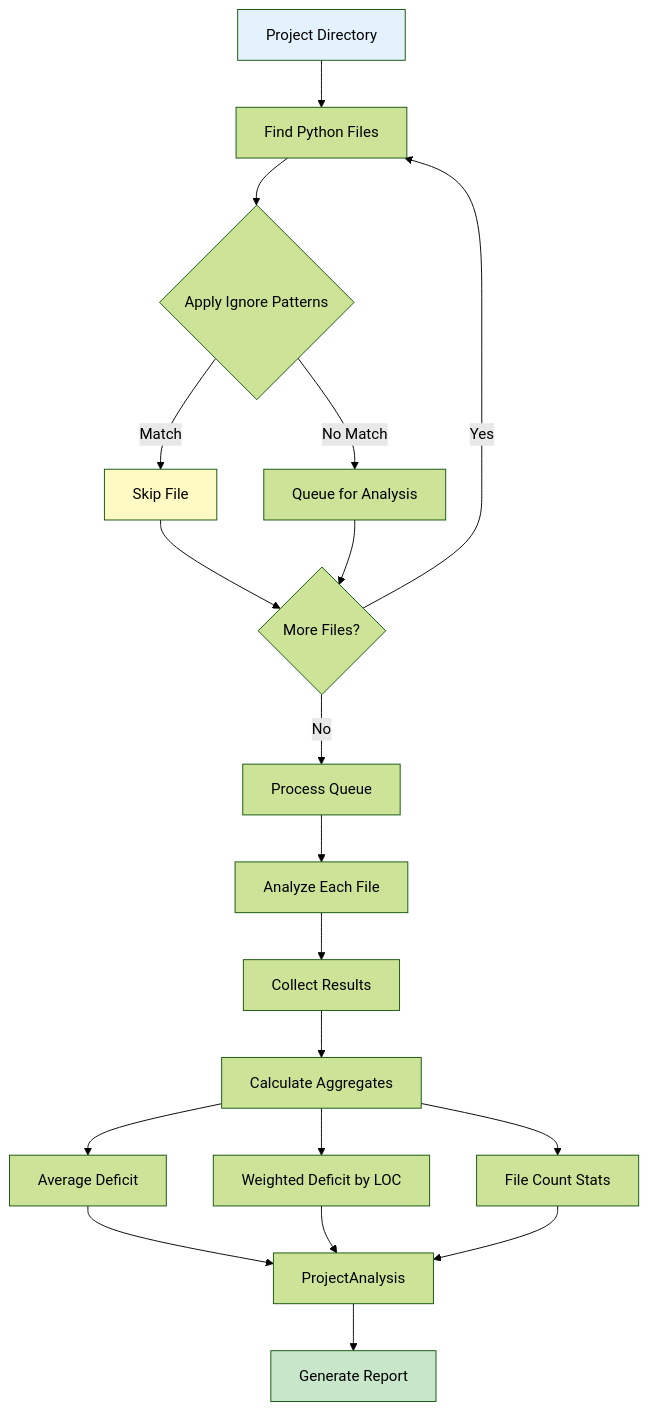
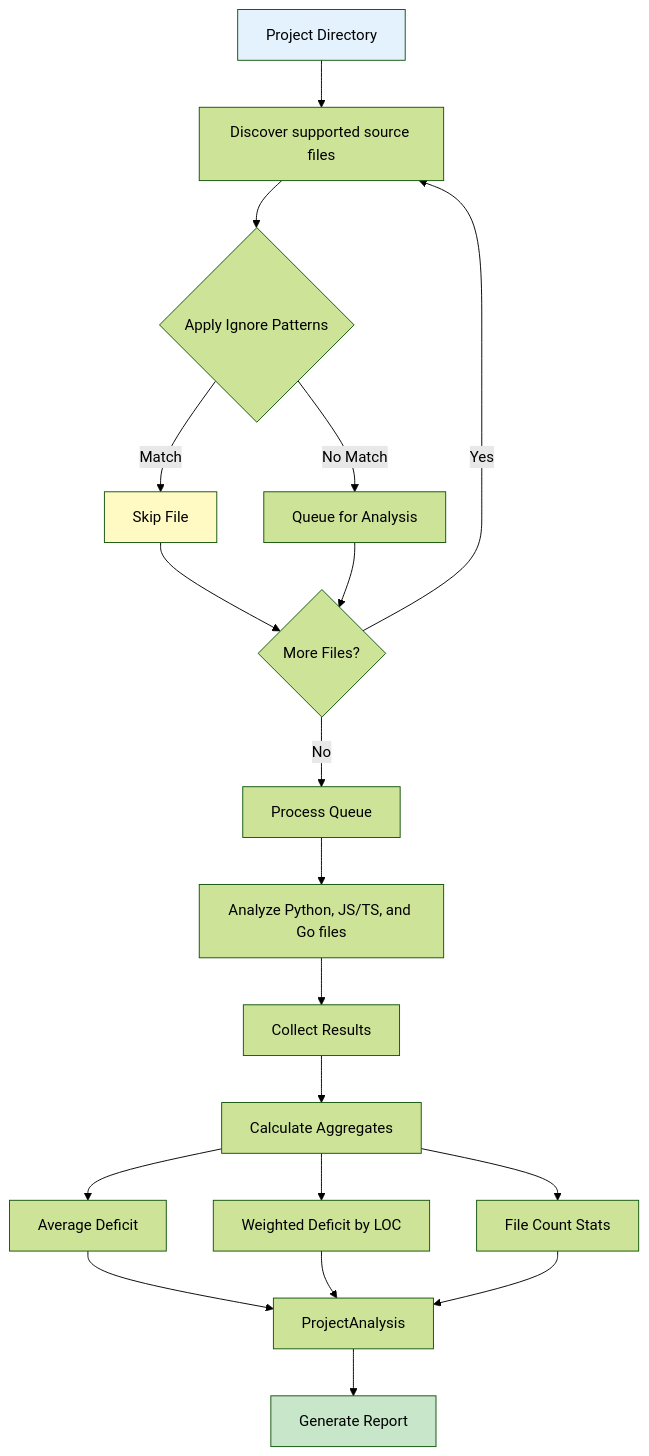
One commit to flamehaven01/AI-SLOP-Detector changed the tenth of 14 diagrams in docs/HOW_IT_WORKS.md. Above: the diagram before and after it, drawn with Mermaid (forest theme). The commit also changed other lines of this file, not shown here.

First line of the commit message:
docs(how-it-works): project score, LDR grades, and inflation bands match the code

````diff
--- a/docs/HOW_IT_WORKS.md
+++ b/docs/HOW_IT_WORKS.md
@@ -432,32 +431,32 @@
 ```mermaid
 flowchart TD
-    A[Project Directory] --> B[Find Python Files]
+    A[Project Directory] --> B[Discover supported source files]
     B --> C{Apply Ignore Patterns}
     
     C -->|Match| D[Skip File]
     C -->|No Match| E[Queue for Analysis]
     
     D --> F{More Files?}
     E --> F
     
     F -->|Yes| B
     F -->|No| G[Process Queue]
     
-    G --> H[Analyze Each File]
+    G --> H[Analyze Python, JS/TS, and Go files]
     H --> I[Collect Results]
     
     I --> J[Calculate Aggregates]
     J --> K[Average Deficit]
     J --> L[Weighted Deficit by LOC]
     J --> M[File Count Stats]
     
     K --> N[ProjectAnalysis]
     L --> N
     M --> N
     
     N --> O[Generate Report]
     
     style A fill:#e3f2fd
     style O fill:#c8e6c9
     style D fill:#fff9c4
 ```
````
